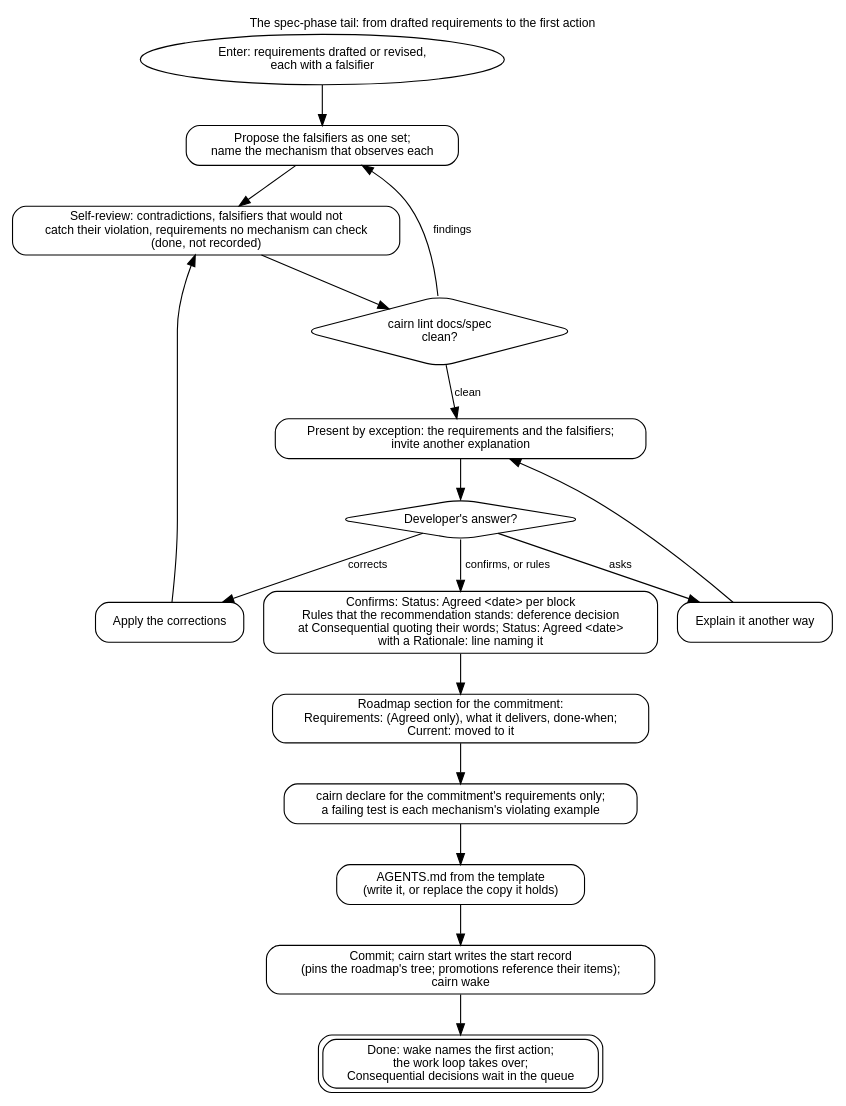
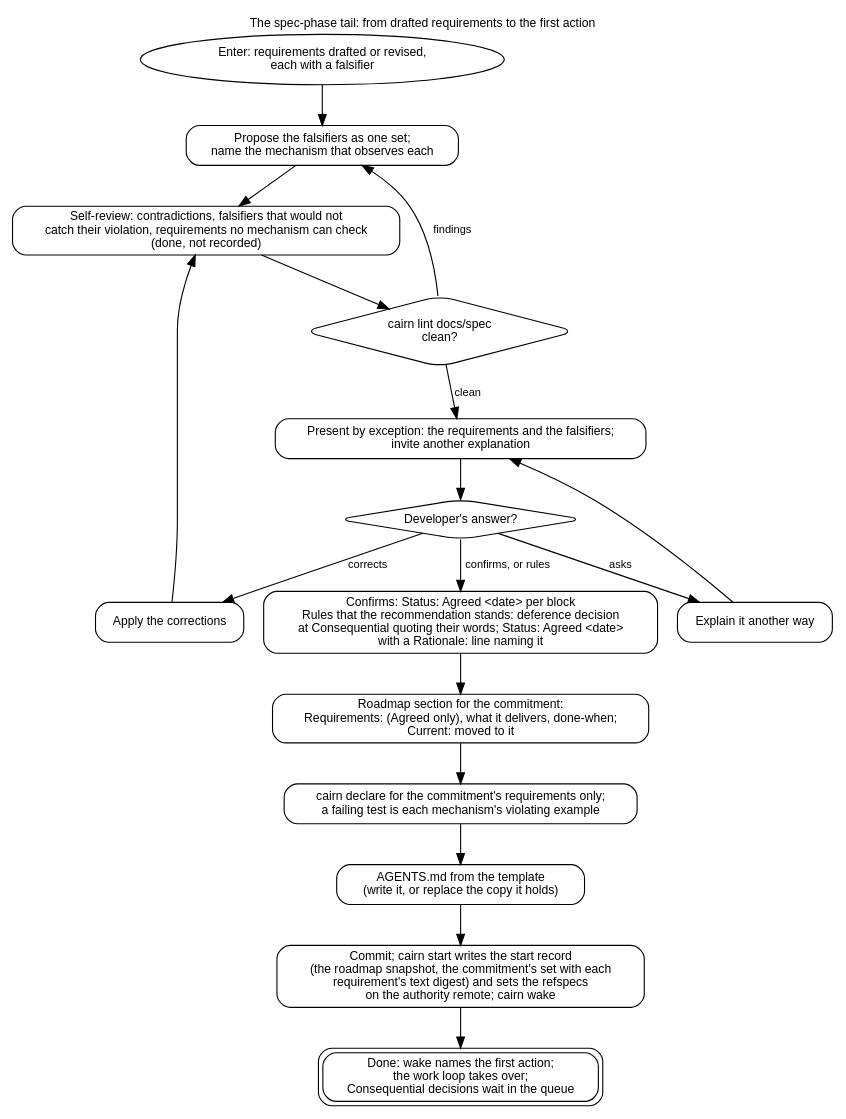
Before and after one commit to eas4ai/cairn: the diagram in docs/diagrams/spec-phase.dot, drawn with Graphviz. The commit also changed 8 other files, not shown here.

```diff
--- a/docs/diagrams/spec-phase.dot
+++ b/docs/diagrams/spec-phase.dot
@@ -1,33 +1,33 @@
 // The spec-phase tail: shared by new-project, existing-project and next-feature. Defined once.
 digraph spec_phase {
   rankdir=TB;
   graph [fontname="Helvetica", fontsize=11, labelloc=t, label="The spec-phase tail: from drafted requirements to the first action"];
   node  [shape=box, style=rounded, fontname="Helvetica", fontsize=11];
   edge  [fontname="Helvetica", fontsize=10];
 
   start [shape=oval, label="Enter: requirements drafted or revised,\neach with a falsifier"];
   falsifiers [label="Propose the falsifiers as one set;\nname the mechanism that observes each"];
   review [label="Self-review: contradictions, falsifiers that would not\ncatch their violation, requirements no mechanism can check\n(done, not recorded)"];
   lint [shape=diamond, label="cairn lint docs/spec\nclean?"];
   present [label="Present by exception: the requirements and the falsifiers;\ninvite another explanation"];
   outcome [shape=diamond, label="Developer's answer?"];
   explain [label="Explain it another way"];
   correct [label="Apply the corrections"];
   agreed [label="Confirms: Status: Agreed <date> per block\nRules that the recommendation stands: deference decision\nat Consequential quoting their words; Status: Agreed <date>\nwith a Rationale: line naming it"];
   commitment [label="Roadmap section for the commitment:\nRequirements: (Agreed only), what it delivers, done-when;\nCurrent: moved to it"];
   declare [label="cairn declare for the commitment's requirements only;\na failing test is each mechanism's violating example"];
   agreement [label="AGENTS.md from the template\n(write it, or replace the copy it holds)"];
-  commit [label="Commit; cairn start writes the start record\n(pins the roadmap's tree; promotions reference their items);\ncairn wake"];
+  commit [label="Commit; cairn start writes the start record\n(the roadmap snapshot, the commitment's set with each\nrequirement's text digest) and sets the refspecs\non the authority remote; cairn wake"];
   done [shape=box, peripheries=2, label="Done: wake names the first action;\nthe work loop takes over;\nConsequential decisions wait in the queue"];
 
   start -> falsifiers -> review -> lint;
   lint -> falsifiers [label="findings"];
   lint -> present [label="clean"];
   present -> outcome;
   outcome -> explain [label="asks"];
   explain -> present;
   outcome -> correct [label="corrects"];
   correct -> review;
   outcome -> agreed [label="confirms, or rules"];
   agreed -> commitment -> declare -> agreement -> commit -> done;
 }
```
